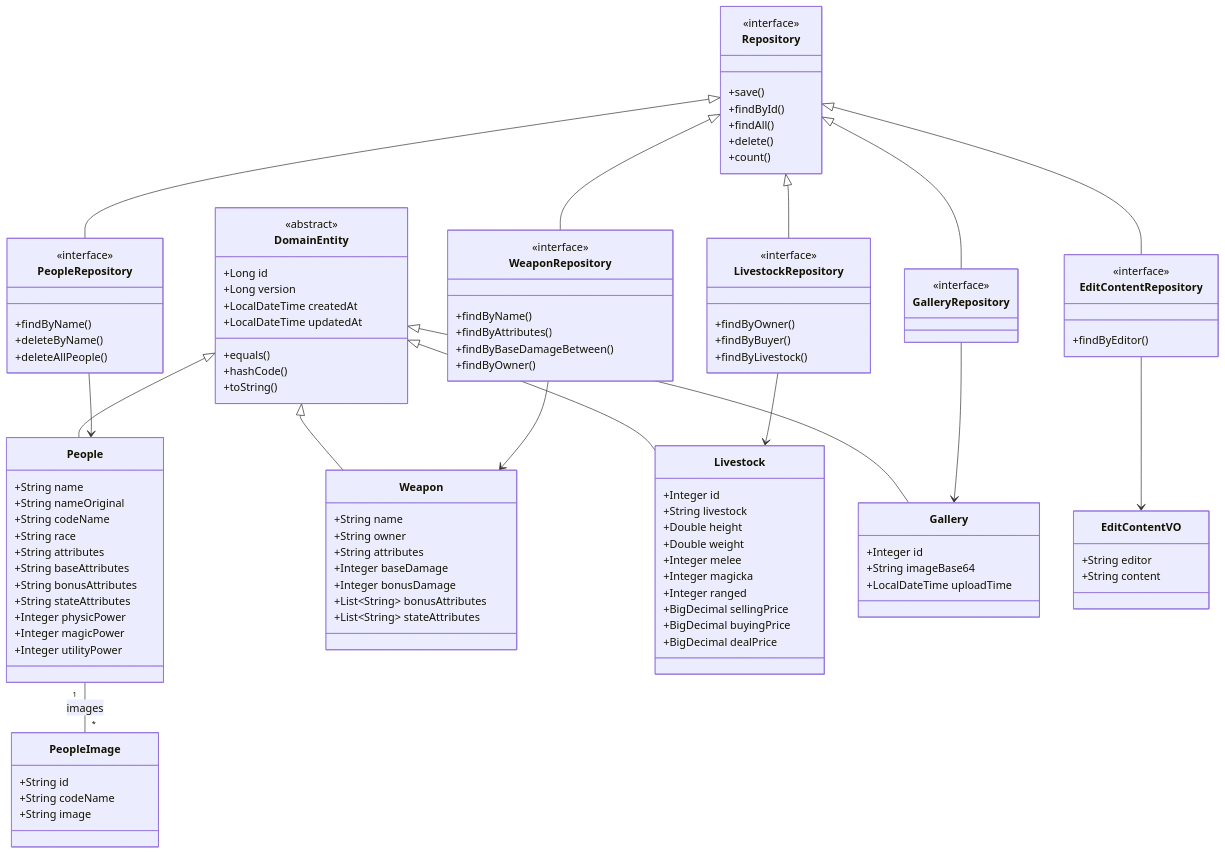
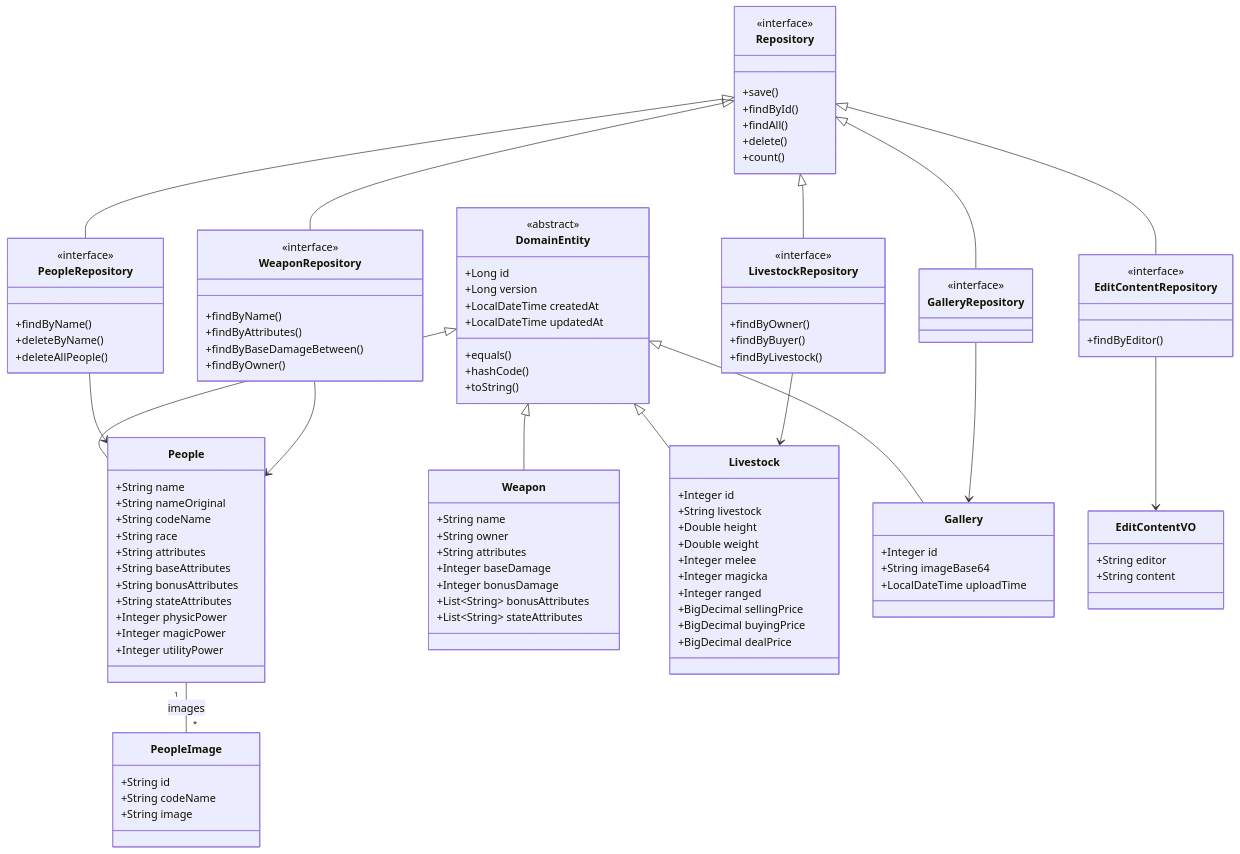
The fifth of 20 diagrams in README.md (Vinskao/ty-multiverse-backend), drawn with Mermaid before and after one commit. The commit also changed other lines of this file and 4 other files, not shown here.

```diff
--- a/README.md
+++ b/README.md
@@ -246,7 +490,7 @@
     Repository <|-- GalleryRepository
     Repository <|-- EditContentRepository
     PeopleRepository --> People
-    WeaponRepository --> Weapon
+    WeaponRepository --> People
     LivestockRepository --> Livestock
     GalleryRepository --> Gallery
     EditContentRepository --> EditContentVO
```
